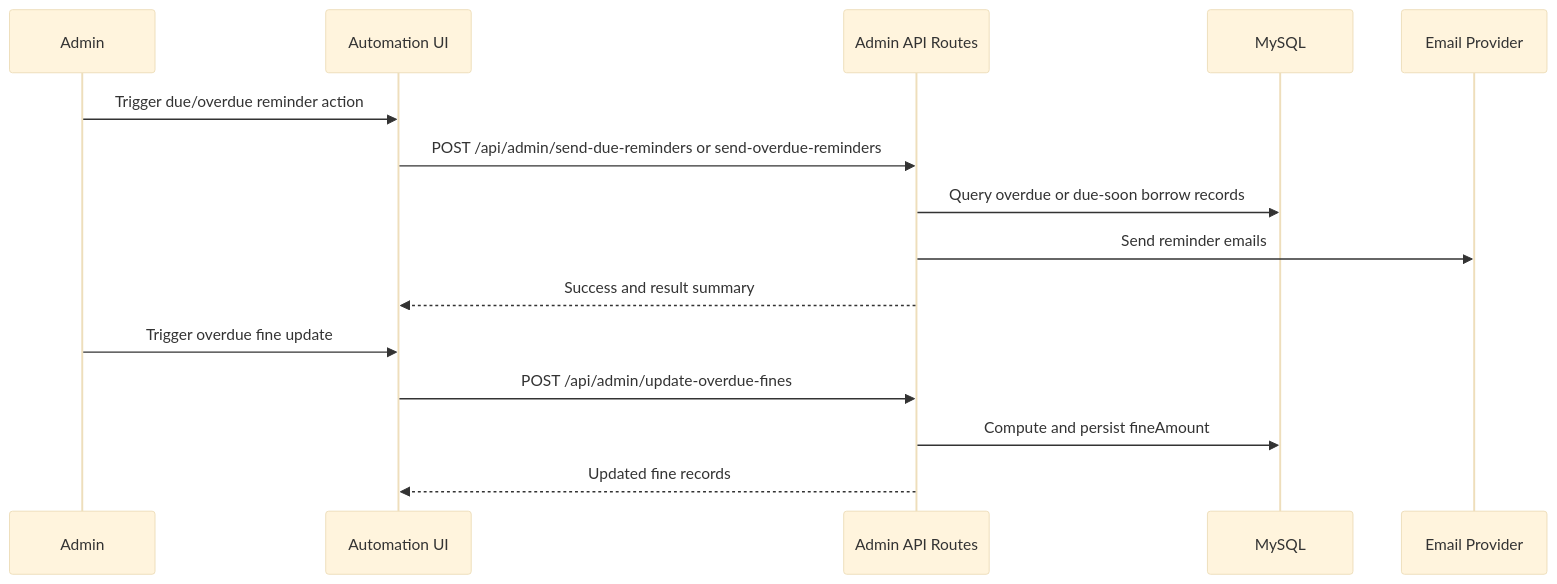
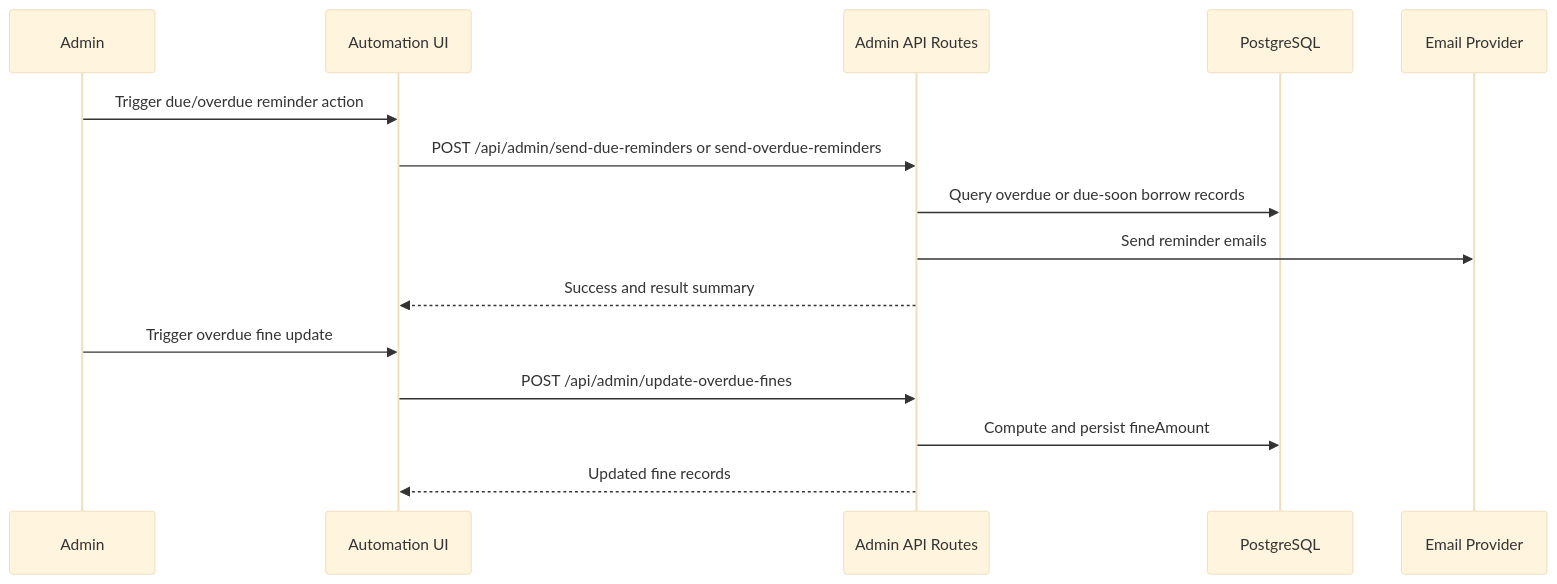
One commit to AnouarMohamed/Mundia_library changed the fifth of 6 diagrams in README.md. Above: the diagram before and after it, drawn with Mermaid (base theme). The commit also changed other lines of this file and 9 other files, not shown here.

````diff
--- a/README.md
+++ b/README.md
@@ -207,19 +207,19 @@
 ```mermaid
 sequenceDiagram
   participant A as Admin
   participant UI as Automation UI
   participant API as Admin API Routes
-  participant DB as MySQL
+  participant DB as PostgreSQL
   participant M as Email Provider
 
   A->>UI: Trigger due/overdue reminder action
   UI->>API: POST /api/admin/send-due-reminders or send-overdue-reminders
   API->>DB: Query overdue or due-soon borrow records
   API->>M: Send reminder emails
   API-->>UI: Success and result summary
 
   A->>UI: Trigger overdue fine update
   UI->>API: POST /api/admin/update-overdue-fines
   API->>DB: Compute and persist fineAmount
   API-->>UI: Updated fine records
 ```
````
